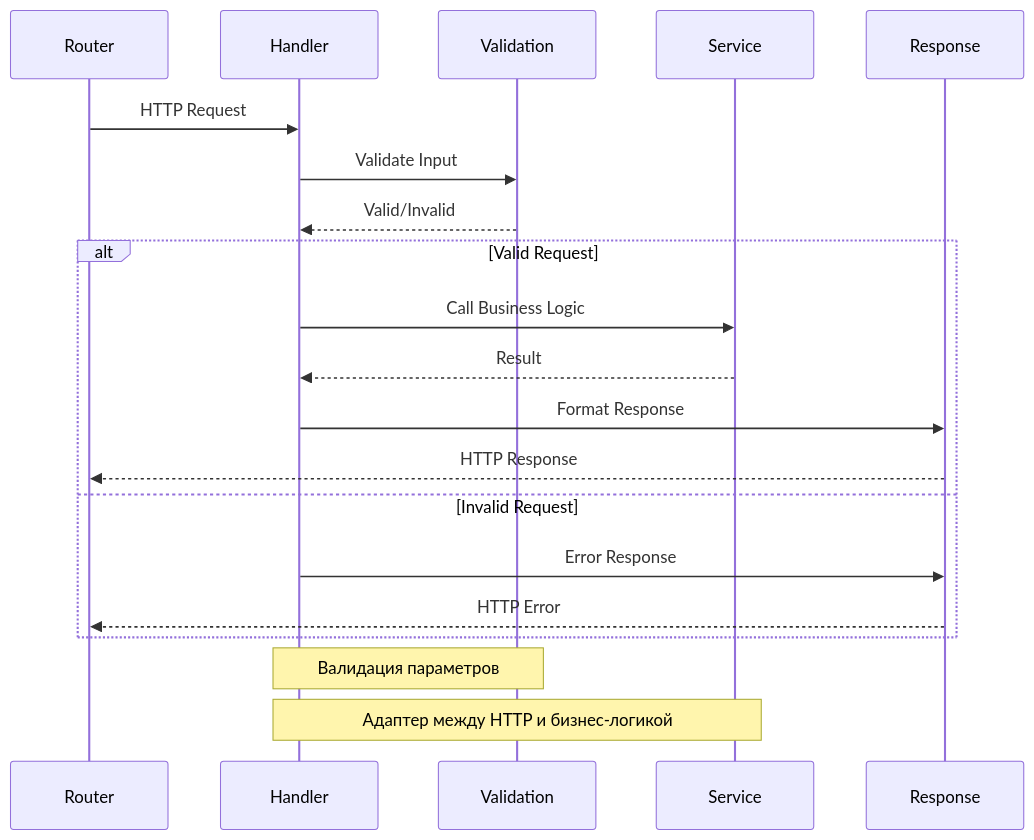
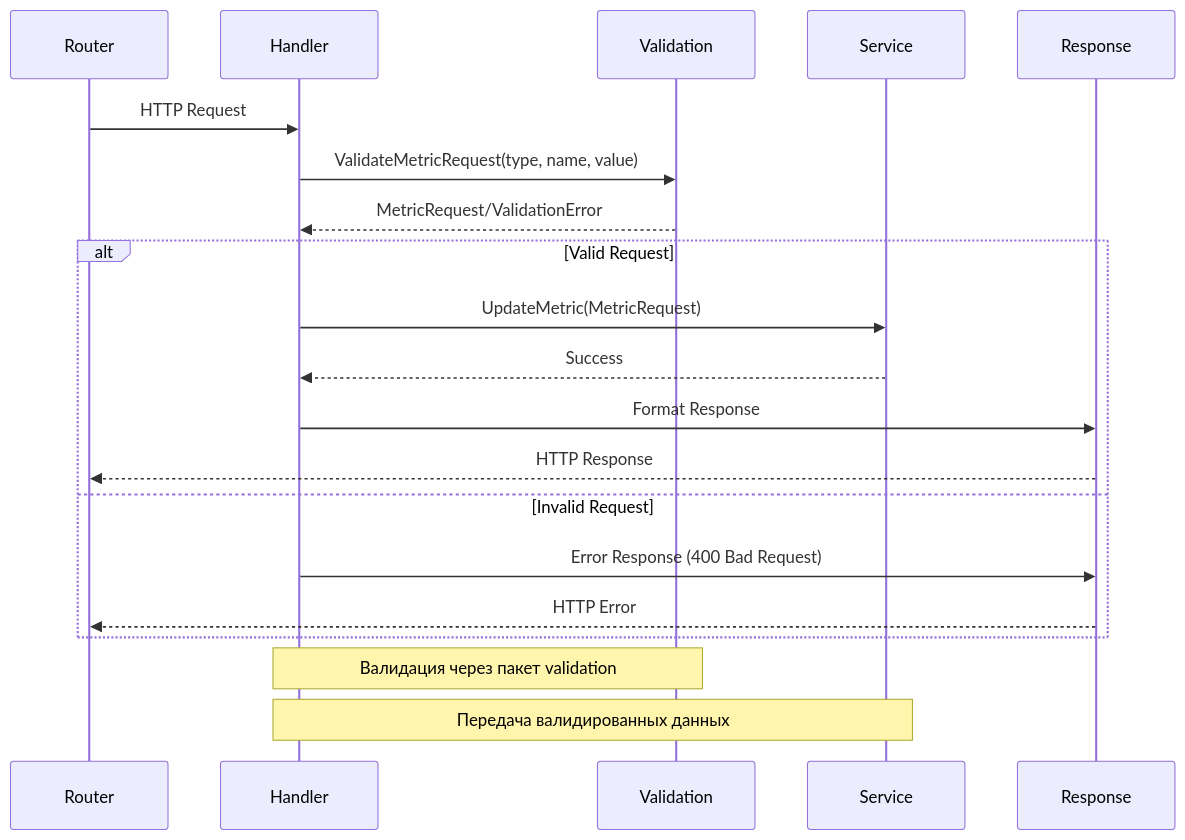
One commit to IgorKilipenko/metrical changed the second of 2 diagrams in internal/handler/README.md. Above: the diagram before and after it, drawn with Mermaid. The commit also changed other lines of this file and 1 other file, not shown here.

Commit message:
docs: update README for HTTP handler and service validation integration

````diff
--- a/internal/handler/README.md
+++ b/internal/handler/README.md
@@ -52,25 +52,25 @@
 ```mermaid
 sequenceDiagram
     participant Router
     participant Handler
     participant Validation
     participant Service
     participant Response
     
     Router->>Handler: HTTP Request
-    Handler->>Validation: Validate Input
-    Validation-->>Handler: Valid/Invalid
+    Handler->>Validation: ValidateMetricRequest(type, name, value)
+    Validation-->>Handler: MetricRequest/ValidationError
     
     alt Valid Request
-        Handler->>Service: Call Business Logic
-        Service-->>Handler: Result
+        Handler->>Service: UpdateMetric(MetricRequest)
+        Service-->>Handler: Success
         Handler->>Response: Format Response
         Response-->>Router: HTTP Response
     else Invalid Request
-        Handler->>Response: Error Response
+        Handler->>Response: Error Response (400 Bad Request)
         Response-->>Router: HTTP Error
     end
     
-    Note over Handler,Validation: Валидация параметров
-    Note over Handler,Service: Адаптер между HTTP и бизнес-логикой
+    Note over Handler,Validation: Валидация через пакет validation
+    Note over Handler,Service: Передача валидированных данных
 ```
````
